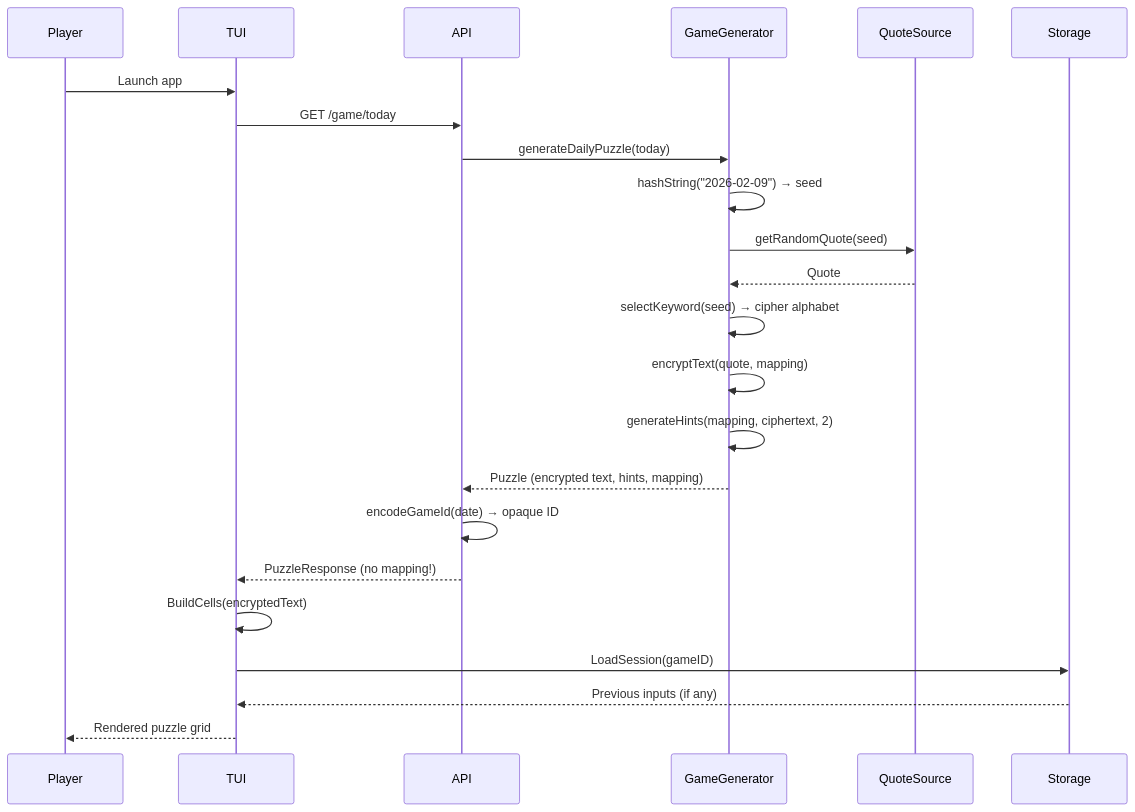
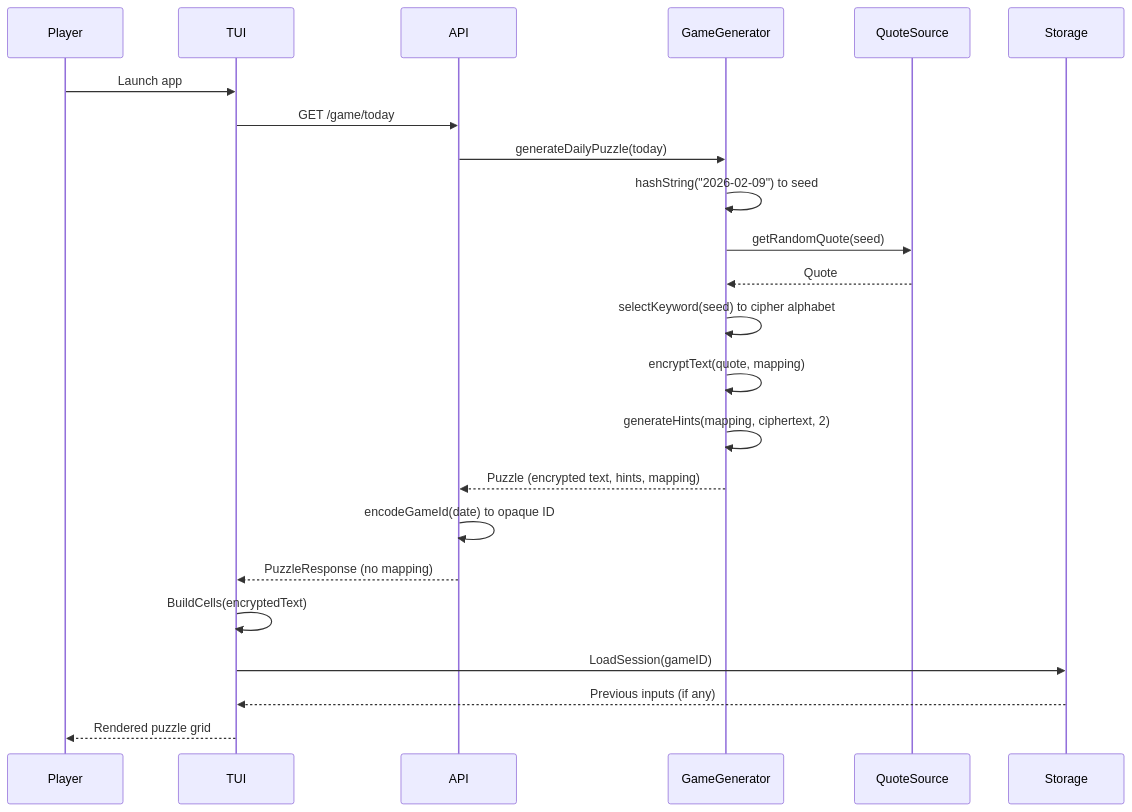
Before and after one commit to bojanrajkovic/unquote: the second of 4 diagrams in docs/CODEBASE_MAP.md, drawn with Mermaid. The commit also changed other lines of this file, not shown here.

First line of the commit message:
docs: fix mermaid diagram rendering on github

````diff
--- a/docs/CODEBASE_MAP.md
+++ b/docs/CODEBASE_MAP.md
@@ -250,25 +240,25 @@
 ```mermaid
 sequenceDiagram
     participant Player
     participant TUI
     participant API
     participant Generator as GameGenerator
     participant QuoteSource
 
     Player->>TUI: Launch app
     TUI->>API: GET /game/today
     API->>Generator: generateDailyPuzzle(today)
-    Generator->>Generator: hashString("2026-02-09") → seed
+    Generator->>Generator: hashString("2026-02-09") to seed
     Generator->>QuoteSource: getRandomQuote(seed)
     QuoteSource-->>Generator: Quote
-    Generator->>Generator: selectKeyword(seed) → cipher alphabet
+    Generator->>Generator: selectKeyword(seed) to cipher alphabet
     Generator->>Generator: encryptText(quote, mapping)
     Generator->>Generator: generateHints(mapping, ciphertext, 2)
     Generator-->>API: Puzzle (encrypted text, hints, mapping)
-    API->>API: encodeGameId(date) → opaque ID
-    API-->>TUI: PuzzleResponse (no mapping!)
+    API->>API: encodeGameId(date) to opaque ID
+    API-->>TUI: PuzzleResponse (no mapping)
     TUI->>TUI: BuildCells(encryptedText)
     TUI->>Storage: LoadSession(gameID)
     Storage-->>TUI: Previous inputs (if any)
     TUI-->>Player: Rendered puzzle grid
 ```
````
